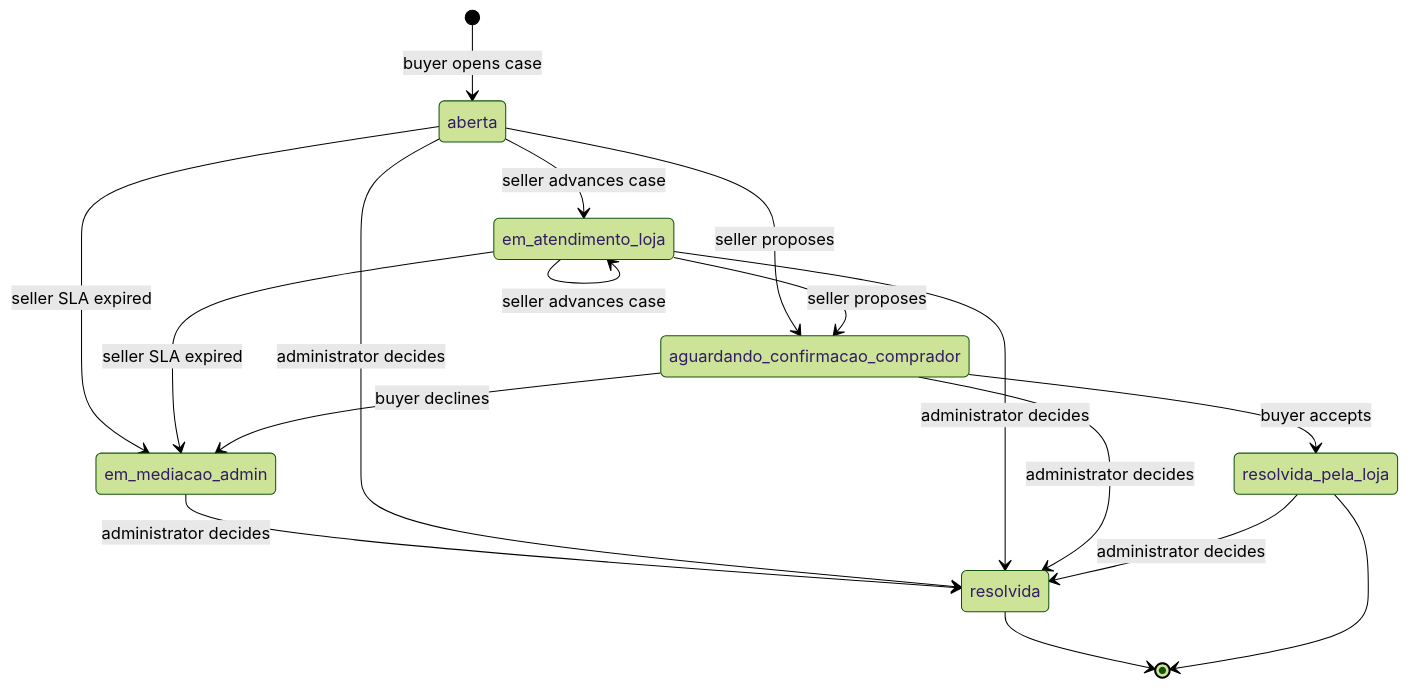
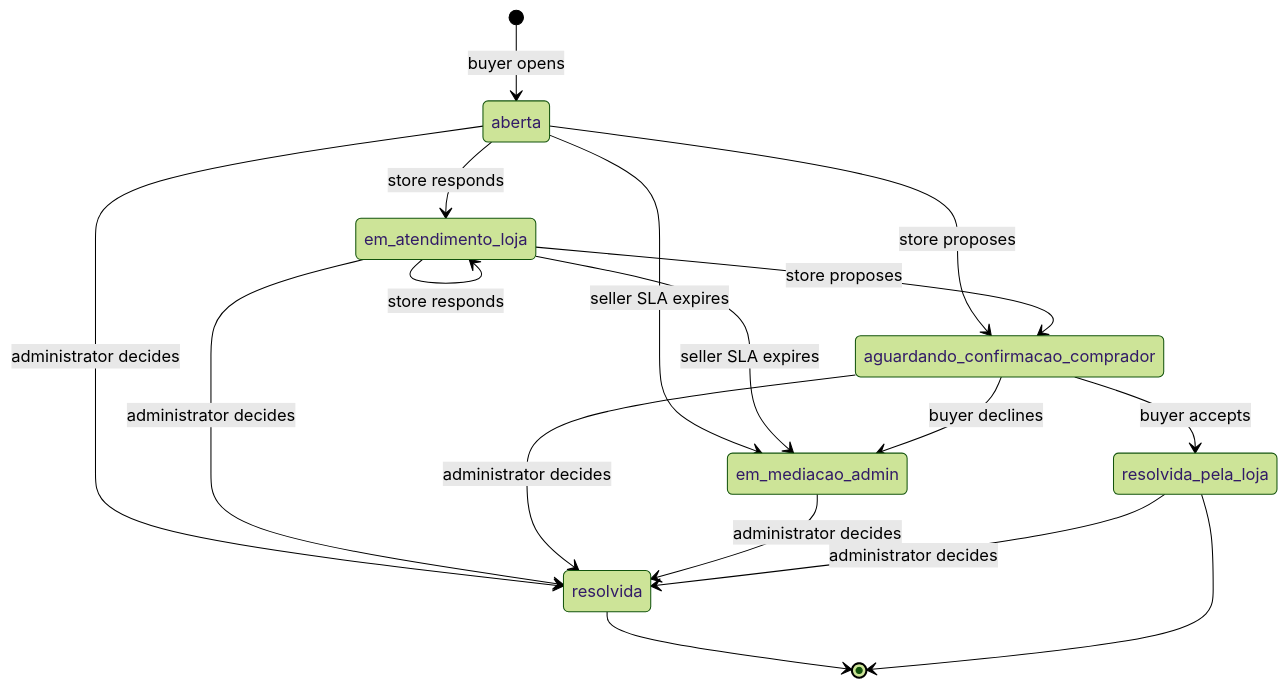
Before and after one commit to Schneider-Gr/industria24hIA: the first of 2 diagrams in openwiki/workflows/after-sales-disputes.md, drawn with Mermaid (forest theme). The commit also changed other lines of this file and 32 other files, not shown here.

````diff
--- a/openwiki/workflows/after-sales-disputes.md
+++ b/openwiki/workflows/after-sales-disputes.md
@@ -87,19 +103,19 @@
 ```mermaid
 stateDiagram-v2
-    [*] --> aberta: buyer opens case
-    aberta --> em_atendimento_loja: seller advances case
-    em_atendimento_loja --> em_atendimento_loja: seller advances case
-    aberta --> aguardando_confirmacao_comprador: seller proposes
-    em_atendimento_loja --> aguardando_confirmacao_comprador: seller proposes
+    [*] --> aberta: buyer opens
+    aberta --> em_atendimento_loja: store responds
+    em_atendimento_loja --> em_atendimento_loja: store responds
+    aberta --> aguardando_confirmacao_comprador: store proposes
+    em_atendimento_loja --> aguardando_confirmacao_comprador: store proposes
     aguardando_confirmacao_comprador --> resolvida_pela_loja: buyer accepts
-    aberta --> em_mediacao_admin: seller SLA expired
-    em_atendimento_loja --> em_mediacao_admin: seller SLA expired
+    aberta --> em_mediacao_admin: seller SLA expires
+    em_atendimento_loja --> em_mediacao_admin: seller SLA expires
     aguardando_confirmacao_comprador --> em_mediacao_admin: buyer declines
-    em_mediacao_admin --> resolvida: administrator decides
     aberta --> resolvida: administrator decides
     em_atendimento_loja --> resolvida: administrator decides
     aguardando_confirmacao_comprador --> resolvida: administrator decides
+    em_mediacao_admin --> resolvida: administrator decides
     resolvida_pela_loja --> resolvida: administrator decides
     resolvida --> [*]
     resolvida_pela_loja --> [*]
 ```
````
